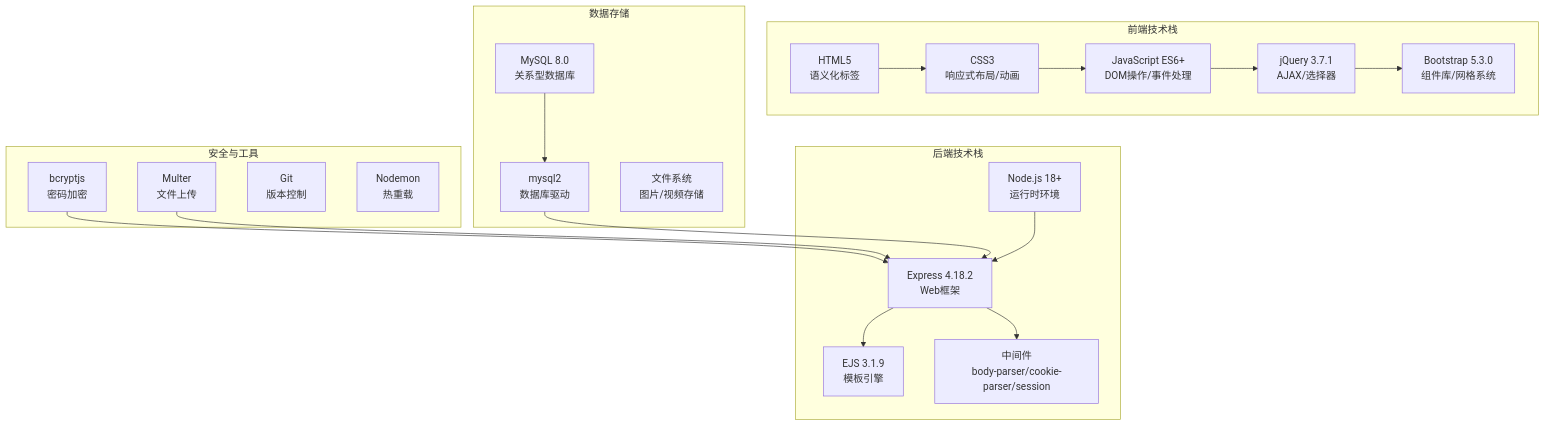
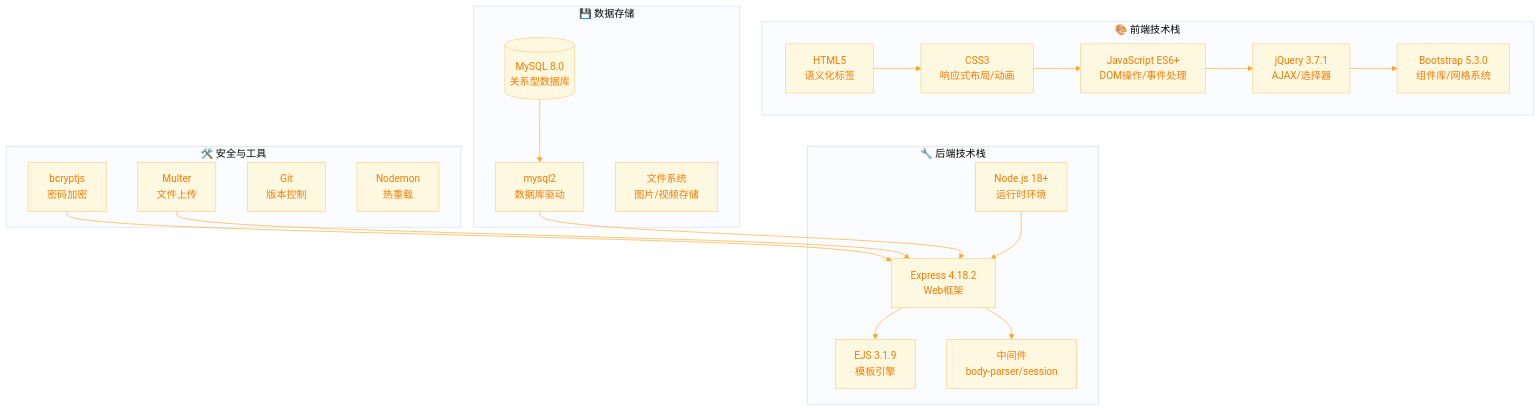
Before and after one commit to keyoshoin/movie-website: the fourth of 18 diagrams in docs/架构设计.md, drawn with Mermaid. The commit also changed other lines of this file, not shown here.

````diff
--- a/docs/架构设计.md
+++ b/docs/架构设计.md
@@ -142,45 +133,37 @@
 ```mermaid
+%%{init: {'theme': 'base', 'themeVariables': { 'primaryColor': '#fff8e1', 'primaryTextColor': '#f57c00', 'primaryBorderColor': '#ffcc80', 'lineColor': '#ffa726'}}}%%
 graph TD
-    subgraph "前端技术栈"
-        FE1[HTML5<br/>语义化标签]
-        FE2[CSS3<br/>响应式布局/动画]
-        FE3[JavaScript ES6+<br/>DOM操作/事件处理]
-        FE4[jQuery 3.7.1<br/>AJAX/选择器]
-        FE5[Bootstrap 5.3.0<br/>组件库/网格系统]
+    subgraph frontend["🎨 前端技术栈"]
+        FE1["HTML5<br/>语义化标签"]
+        FE2["CSS3<br/>响应式布局/动画"]
+        FE3["JavaScript ES6+<br/>DOM操作/事件处理"]
+        FE4["jQuery 3.7.1<br/>AJAX/选择器"]
+        FE5["Bootstrap 5.3.0<br/>组件库/网格系统"]
     end
     
-    subgraph "后端技术栈"
-        BE1[Node.js 18+<br/>运行时环境]
-        BE2[Express 4.18.2<br/>Web框架]
-        BE3[EJS 3.1.9<br/>模板引擎]
-        BE4[中间件<br/>body-parser/cookie-parser/session]
+    subgraph backend["🔧 后端技术栈"]
+        BE1["Node.js 18+<br/>运行时环境"]
+        BE2["Express 4.18.2<br/>Web框架"]
+        BE3["EJS 3.1.9<br/>模板引擎"]
+        BE4["中间件<br/>body-parser/session"]
     end
     
-    subgraph "数据存储"
-        DB1[MySQL 8.0<br/>关系型数据库]
-        DB2[mysql2<br/>数据库驱动]
-        DB3[文件系统<br/>图片/视频存储]
+    subgraph storage["💾 数据存储"]
+        DB1[("MySQL 8.0<br/>关系型数据库")]
+        DB2["mysql2<br/>数据库驱动"]
+        DB3["文件系统<br/>图片/视频存储"]
     end
     
-    subgraph "安全与工具"
-        ST1[bcryptjs<br/>密码加密]
-        ST2[Multer<br/>文件上传]
-        ST3[Git<br/>版本控制]
-        ST4[Nodemon<br/>热重载]
+    subgraph tools["🛠️ 安全与工具"]
+        ST1["bcryptjs<br/>密码加密"]
+        ST2["Multer<br/>文件上传"]
+        ST3["Git<br/>版本控制"]
+        ST4["Nodemon<br/>热重载"]
     end
     
-    FE1 --> FE2
-    FE2 --> FE3
-    FE3 --> FE4
-    FE4 --> FE5
-    
-    BE1 --> BE2
-    BE2 --> BE3
+    FE1 --> FE2 --> FE3 --> FE4 --> FE5
+    BE1 --> BE2 --> BE3
     BE2 --> BE4
-    
-    DB1 --> DB2
-    DB2 --> BE2
-    
-    ST1 --> BE2
-    ST2 --> BE2
+    DB1 --> DB2 --> BE2
+    ST1 & ST2 --> BE2
 ```
````
